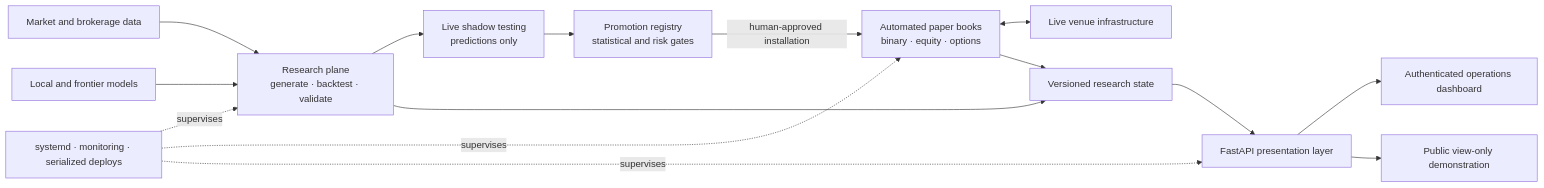
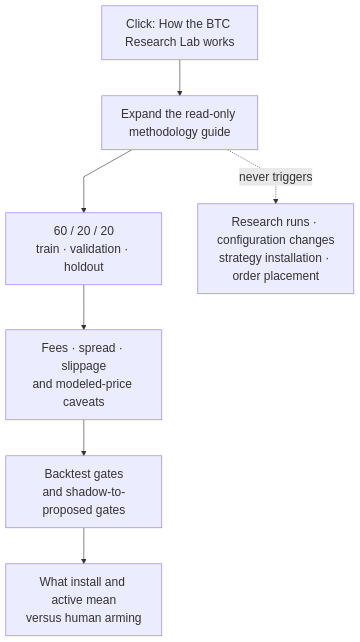
The fourth of 4 diagrams in README.md (rohanjoglekar/forge-demo), drawn with Mermaid before and after one commit. The commit also changed other lines of this file and 3 other files, not shown here.

Commit message:
docs: improve diagrams and project narrative

````diff
--- a/README.md
+++ b/README.md
@@ -26,17 +72,10 @@
 ```mermaid
-flowchart LR
-    feeds["Market and brokerage data"] --> research["Research plane<br/>generate · backtest · validate"]
-    models["Local and frontier models"] --> research
-    research --> shadow["Live shadow testing<br/>predictions only"]
-    shadow --> registry["Promotion registry<br/>statistical and risk gates"]
-    registry -->|human-approved installation| books["Automated paper books<br/>binary · equity · options"]
-    books <--> venues["Live venue infrastructure"]
-    research --> state["Versioned research state"]
-    books --> state
-    state --> api["FastAPI presentation layer"]
-    api --> private["Authenticated operations dashboard"]
-    api --> public["Public view-only demonstration"]
-    ops["systemd · monitoring · serialized deploys"] -. supervises .-> research
-    ops -. supervises .-> books
-    ops -. supervises .-> api
+%%{init: {"themeVariables": {"fontSize": "20px"}, "flowchart": {"nodeSpacing": 60, "rankSpacing": 60, "curve": "linear"}}}%%
+flowchart TB
+    click["Click: How the BTC Research Lab works"] --> panel["Expand the read-only methodology guide"]
+    panel --> split["60 / 20 / 20<br/>train · validation · holdout"]
+    split --> costs["Fees · spread · slippage<br/>and modeled-price caveats"]
+    costs --> gates["Backtest gates<br/>and shadow-to-proposed gates"]
+    gates --> active["What install and active mean<br/>versus human arming"]
+    panel -. never triggers .-> actions["Research runs · configuration changes<br/>strategy installation · order placement"]
 ```
````
